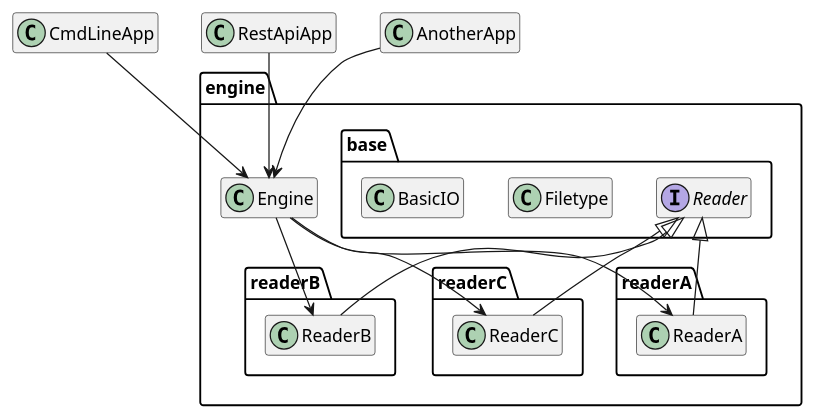
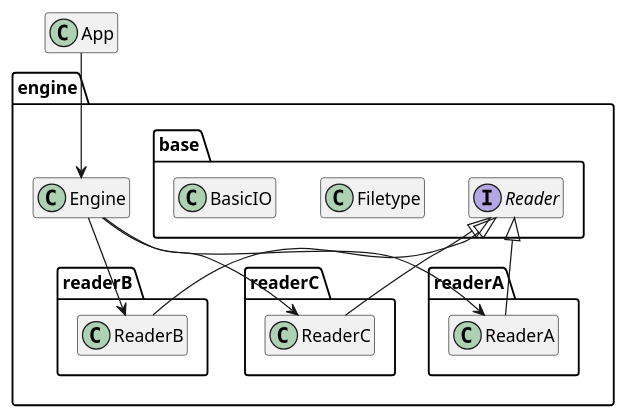
The third of 6 diagrams in architecture.adoc (Calpano/graphinout), drawn with PlantUML before and after one commit. The commit also changed other lines of this file, not shown here.

```diff
--- a/architecture.adoc
+++ b/architecture.adoc
@@ -57,36 +74,32 @@
 [plantuml,projects-detailed,svg]
 ....
 hide empty members
 package engine {
 
 package base {
     interface Reader
     class Filetype
     class BasicIO
 }
 package readerA {
     class ReaderA
     Reader <|-- ReaderA
 }
 package readerB {
     class ReaderB
     Reader <|-- ReaderB
 }
 package readerC {
     class ReaderC
     Reader <|-- ReaderC
 }
 
 class Engine
 Engine --> ReaderA
 Engine --> ReaderB
 Engine --> ReaderC
 }
 
-class CmdLineApp
-class RestApiApp
-class AnotherApp
-CmdLineApp --> Engine
-RestApiApp --> Engine
-AnotherApp --> Engine
+class App
+App --> Engine
 ....
```
